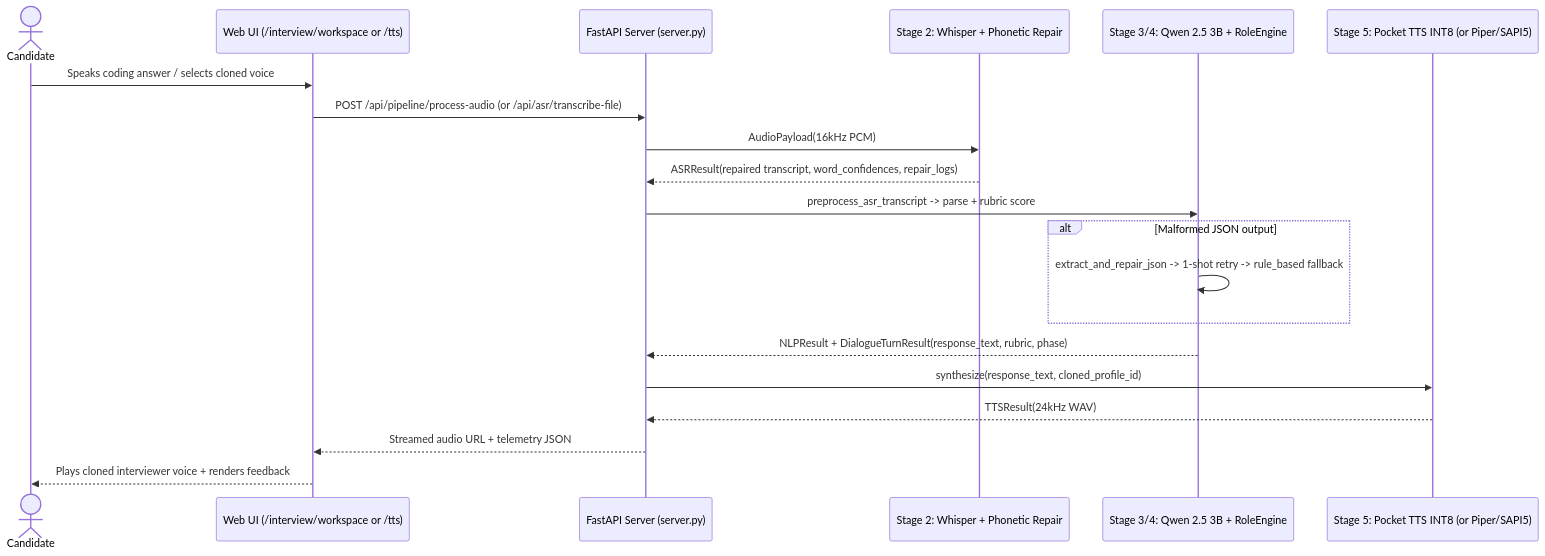
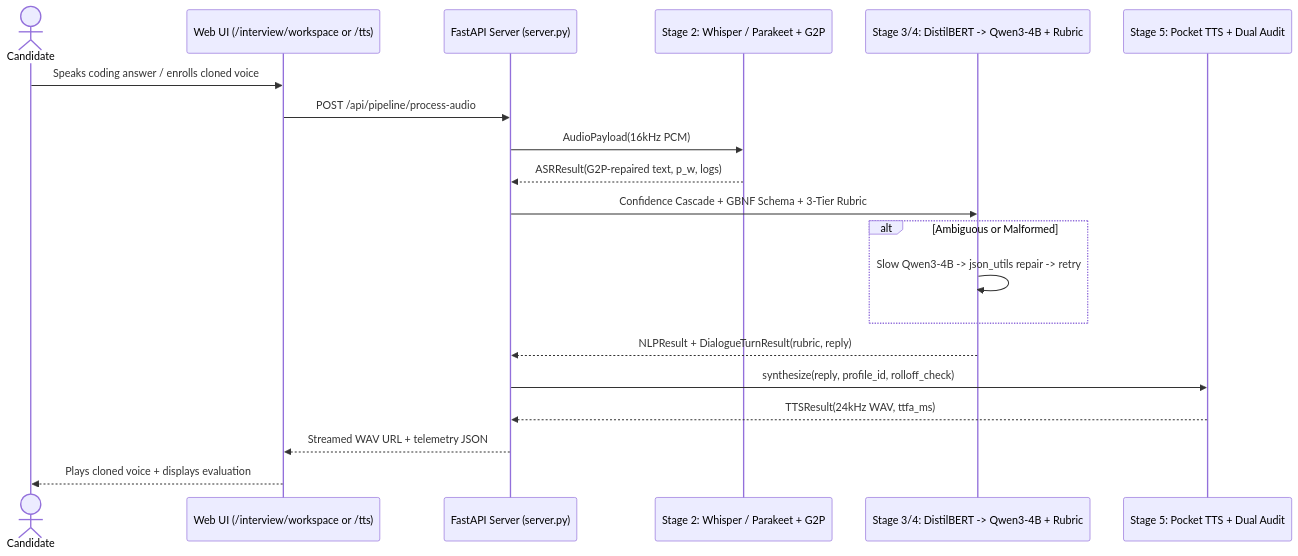
One commit to 6Works/capstone changed the third of 3 diagrams in docs/CAPSTONE_REPORT_IEEE.md. Above: the diagram before and after it, drawn with Mermaid. The commit also changed other lines of this file and 3 other files, not shown here.

````diff
--- a/docs/CAPSTONE_REPORT_IEEE.md
+++ b/docs/CAPSTONE_REPORT_IEEE.md
@@ -431,23 +399,23 @@
 ```mermaid
 sequenceDiagram
     actor Candidate
     participant UI as Web UI (/interview/workspace or /tts)
     participant API as FastAPI Server (server.py)
-    participant ASR as Stage 2: Whisper + Phonetic Repair
-    participant SLU as Stage 3/4: Qwen 2.5 3B + RoleEngine
-    participant TTS as Stage 5: Pocket TTS INT8 (or Piper/SAPI5)
+    participant ASR as Stage 2: Whisper / Parakeet + G2P
+    participant SLU as Stage 3/4: DistilBERT -> Qwen3-4B + Rubric
+    participant TTS as Stage 5: Pocket TTS + Dual Audit
 
-    Candidate->>UI: Speaks coding answer / selects cloned voice
-    UI->>API: POST /api/pipeline/process-audio (or /api/asr/transcribe-file)
+    Candidate->>UI: Speaks coding answer / enrolls cloned voice
+    UI->>API: POST /api/pipeline/process-audio
     API->>ASR: AudioPayload(16kHz PCM)
-    ASR-->>API: ASRResult(repaired transcript, word_confidences, repair_logs)
-    API->>SLU: preprocess_asr_transcript -> parse + rubric score
-    alt Malformed JSON output
-        SLU->>SLU: extract_and_repair_json -> 1-shot retry -> rule_based fallback
+    ASR-->>API: ASRResult(G2P-repaired text, p_w, logs)
+    API->>SLU: Confidence Cascade + GBNF Schema + 3-Tier Rubric
+    alt Ambiguous or Malformed
+        SLU->>SLU: Slow Qwen3-4B -> json_utils repair -> retry
     end
-    SLU-->>API: NLPResult + DialogueTurnResult(response_text, rubric, phase)
-    API->>TTS: synthesize(response_text, cloned_profile_id)
-    TTS-->>API: TTSResult(24kHz WAV)
-    API-->>UI: Streamed audio URL + telemetry JSON
-    UI-->>Candidate: Plays cloned interviewer voice + renders feedback
+    SLU-->>API: NLPResult + DialogueTurnResult(rubric, reply)
+    API->>TTS: synthesize(reply, profile_id, rolloff_check)
+    TTS-->>API: TTSResult(24kHz WAV, ttfa_ms)
+    API-->>UI: Streamed WAV URL + telemetry JSON
+    UI-->>Candidate: Plays cloned voice + displays evaluation
 ```
````
